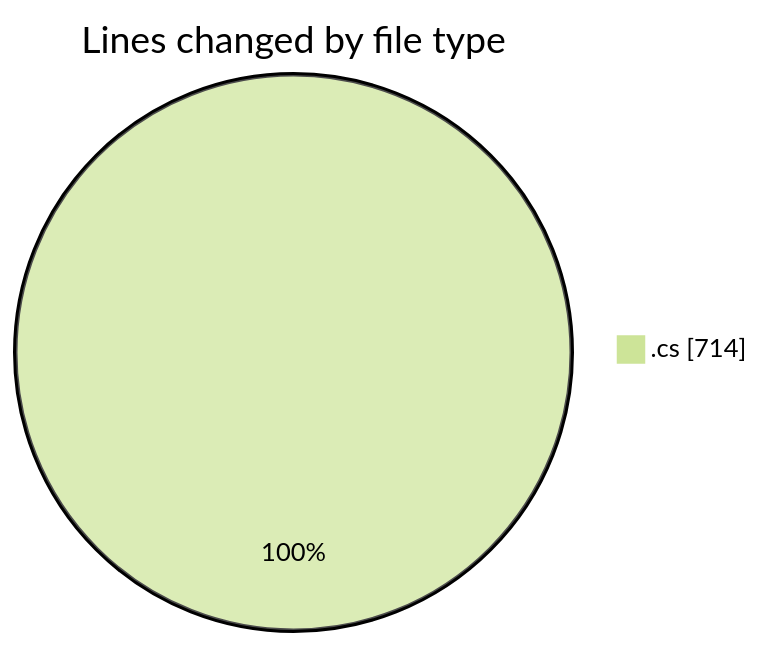
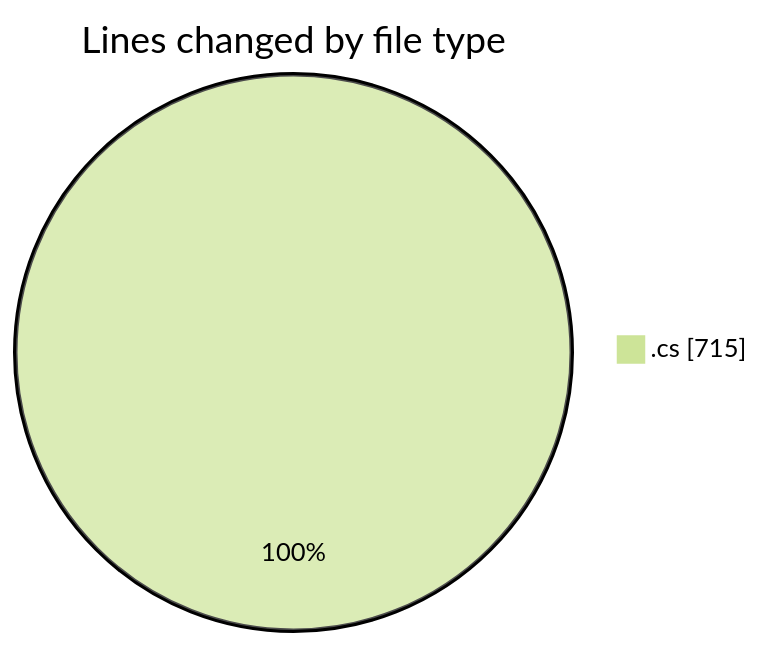
Before and after one commit to Netris89/code-tracking: the first of 2 diagrams in 2025-03-21/back-end/README.md, drawn with Mermaid (forest theme). The commit also changed other lines of this file and 1 other file, not shown here.

````diff
--- a/2025-03-21/back-end/README.md
+++ b/2025-03-21/back-end/README.md
@@ -23,5 +23,5 @@
 ```mermaid
 pie showData
 title Lines changed by file type
-".cs" : 714
+".cs" : 715
 ```
````
